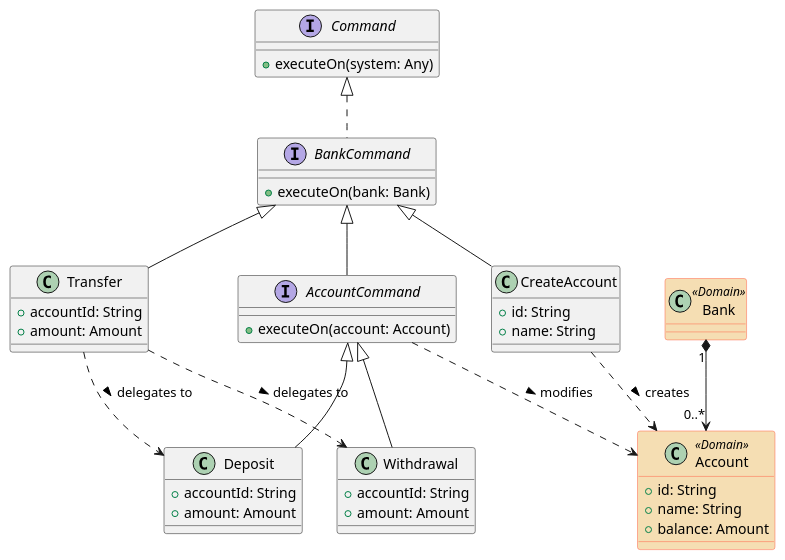
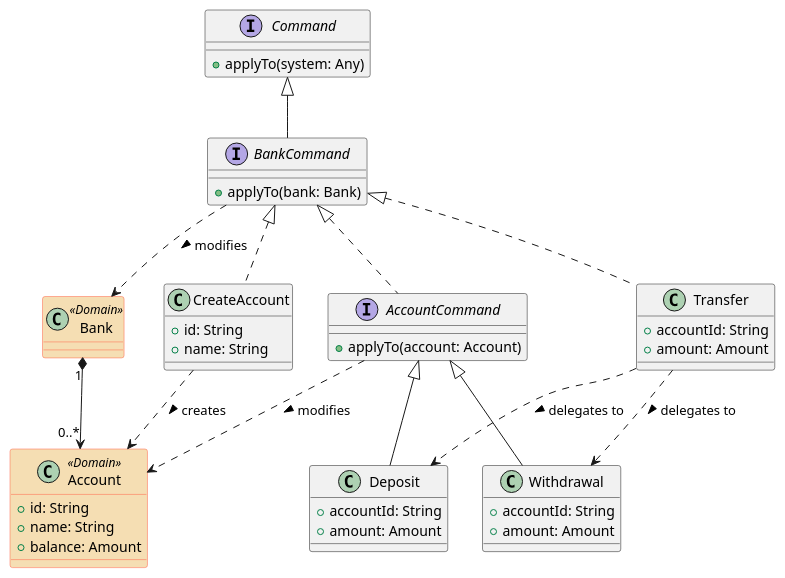
The diagram in bank.puml (xrrocha/kmemimg), drawn with PlantUML before and after one commit. The commit also changed 8 other files, not shown here.

```diff
--- a/bank.puml
+++ b/bank.puml
@@ -1,58 +1,59 @@
 @startuml
 skinparam class {
     BackgroundColor<<Domain>> Wheat
     BorderColor<<Domain>> Tomato
 }
 
 interface Command {
-    + executeOn(system: Any)
+    + applyTo(system: Any)
 }
 
 together {
     class Bank <<Domain>> {
     }
     class Account <<Domain>> {
         + id: String
         + name: String
         + balance: Amount
     }
     Bank "1" *--> "0..*" Account
 }
 
     interface BankCommand {
-        + executeOn(bank: Bank)
+        + applyTo(bank: Bank)
     }
-    Command <|.. BankCommand
+    Command <|-- BankCommand
+    BankCommand ..> Bank: modifies >
 
 class CreateAccount {
     + id: String
     + name: String
 }
-BankCommand <|-- CreateAccount
+BankCommand <|.. CreateAccount
 CreateAccount ..> Account: creates >
 
 together {
     interface AccountCommand {
-        + executeOn(account: Account)
+        + applyTo(account: Account)
     }
-    BankCommand <|-- AccountCommand
+    BankCommand <|.. AccountCommand
     AccountCommand ..> Account: modifies >
     class Deposit extends AccountCommand {
         + accountId: String
         + amount: Amount
     }
 
     class Withdrawal extends AccountCommand {
         + accountId: String
         + amount: Amount
     }
 }
 
-class Transfer extends BankCommand {
+class Transfer implements BankCommand {
     + accountId: String
     + amount: Amount
 }
 Transfer ..> Deposit: delegates to >
 Transfer ..> Withdrawal: delegates to >
 
 @enduml
```
